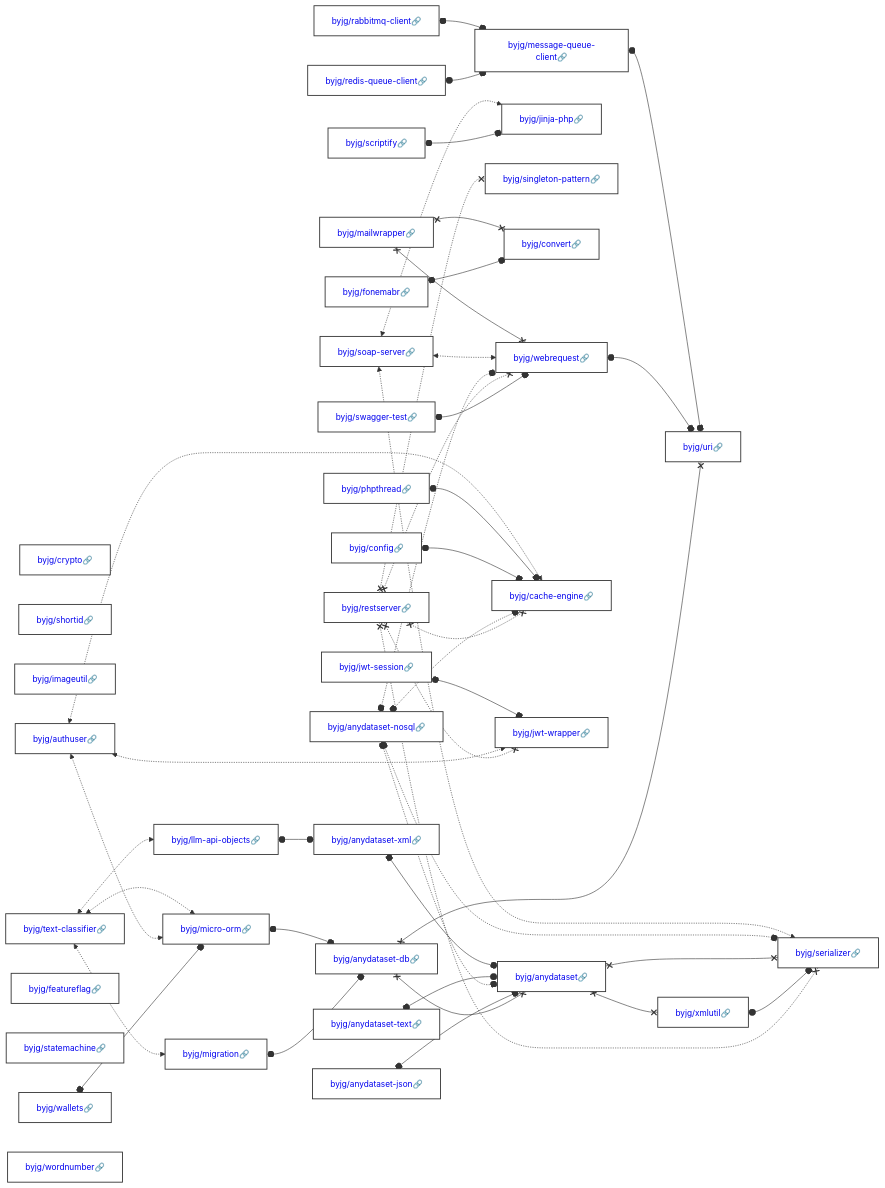
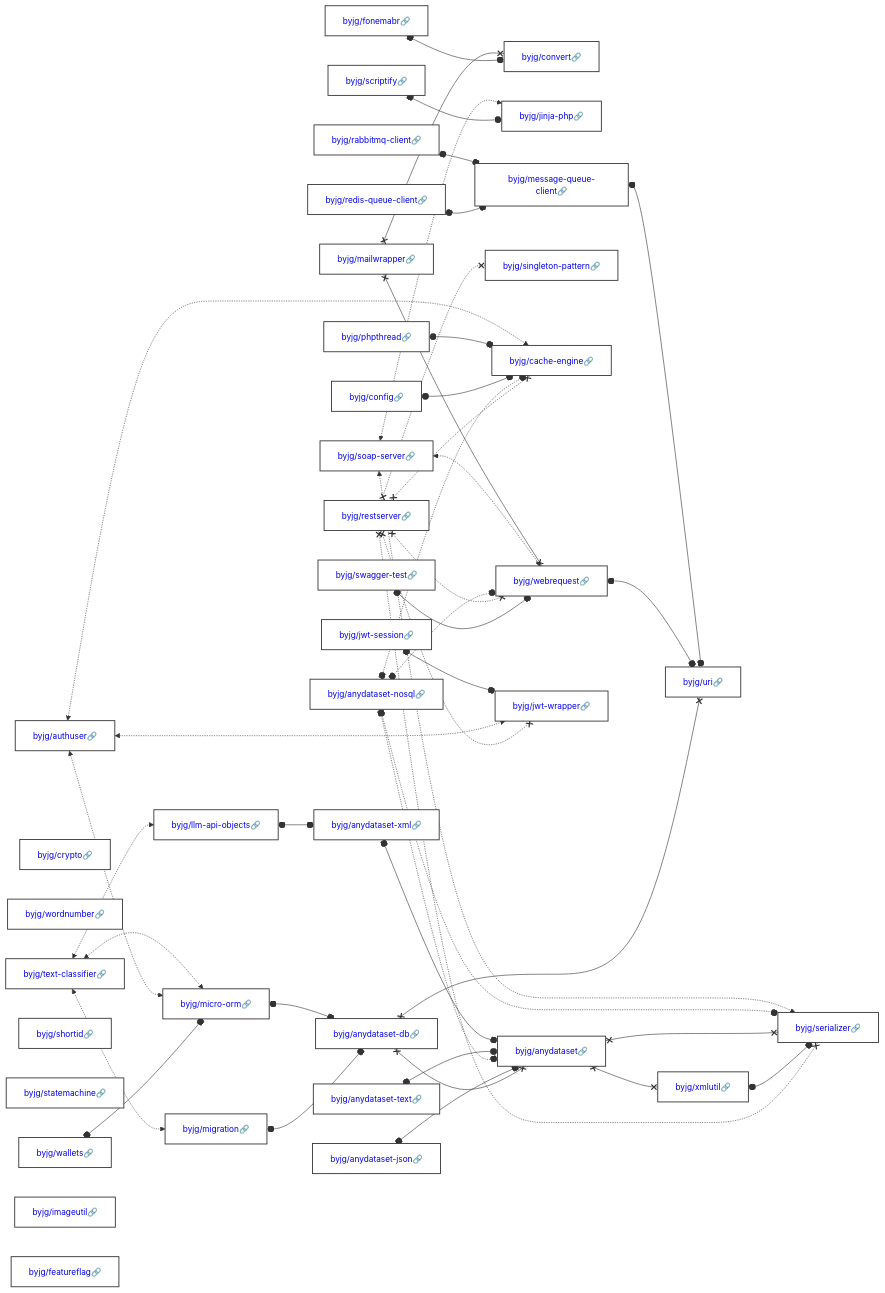
The diagram in docs/php/README.md (byjg/byjg.github.io), drawn with Mermaid before and after one commit. The commit also changed other lines of this file, not shown here.

Commit message:
Update documentation 'php' 'php-gluo-core'

````diff
--- a/docs/php/README.md
+++ b/docs/php/README.md
@@ -3,37 +3,37 @@
 ```mermaid
 graph LR;
+  byjg/soap-server[<a href='https://opensource.byjg.com/docs/php/soap-server' style='text-decoration:none'>byjg/soap-server🔗</a>];
+  byjg/text-classifier[<a href='https://opensource.byjg.com/docs/php/text-classifier' style='text-decoration:none'>byjg/text-classifier🔗</a>];
   byjg/crypto[<a href='https://opensource.byjg.com/docs/php/crypto' style='text-decoration:none'>byjg/crypto🔗</a>];
+  byjg/anydataset-json[<a href='https://opensource.byjg.com/docs/php/anydataset-json' style='text-decoration:none'>byjg/anydataset-json🔗</a>];
+  byjg/rabbitmq-client[<a href='https://opensource.byjg.com/docs/php/rabbitmq-client' style='text-decoration:none'>byjg/rabbitmq-client🔗</a>];
+  byjg/anydataset-nosql[<a href='https://opensource.byjg.com/docs/php/anydataset-nosql' style='text-decoration:none'>byjg/anydataset-nosql🔗</a>];
+  byjg/wordnumber[<a href='https://opensource.byjg.com/docs/php/wordnumber' style='text-decoration:none'>byjg/wordnumber🔗</a>];
+  byjg/wallets[<a href='https://opensource.byjg.com/docs/php/wallets' style='text-decoration:none'>byjg/wallets🔗</a>];
+  byjg/shortid[<a href='https://opensource.byjg.com/docs/php/shortid' style='text-decoration:none'>byjg/shortid🔗</a>];
+  byjg/statemachine[<a href='https://opensource.byjg.com/docs/php/statemachine' style='text-decoration:none'>byjg/statemachine🔗</a>];
+  byjg/jwt-session[<a href='https://opensource.byjg.com/docs/php/jwt-session' style='text-decoration:none'>byjg/jwt-session🔗</a>];
   byjg/phpthread[<a href='https://opensource.byjg.com/docs/php/phpthread' style='text-decoration:none'>byjg/phpthread🔗</a>];
+  byjg/mailwrapper[<a href='https://opensource.byjg.com/docs/php/mailwrapper' style='text-decoration:none'>byjg/mailwrapper🔗</a>];
+  byjg/anydataset-text[<a href='https://opensource.byjg.com/docs/php/anydataset-text' style='text-decoration:none'>byjg/anydataset-text🔗</a>];
+  byjg/authuser[<a href='https://opensource.byjg.com/docs/php/authuser' style='text-decoration:none'>byjg/authuser🔗</a>];
   byjg/swagger-test[<a href='https://opensource.byjg.com/docs/php/swagger-test' style='text-decoration:none'>byjg/swagger-test🔗</a>];
-  byjg/anydataset-nosql[<a href='https://opensource.byjg.com/docs/php/anydataset-nosql' style='text-decoration:none'>byjg/anydataset-nosql🔗</a>];
+  byjg/imageutil[<a href='https://opensource.byjg.com/docs/php/imageutil' style='text-decoration:none'>byjg/imageutil🔗</a>];
+  byjg/fonemabr[<a href='https://opensource.byjg.com/docs/php/fonemabr' style='text-decoration:none'>byjg/fonemabr🔗</a>];
+  byjg/config[<a href='https://opensource.byjg.com/docs/php/config' style='text-decoration:none'>byjg/config🔗</a>];
   byjg/scriptify[<a href='https://opensource.byjg.com/docs/php/scriptify' style='text-decoration:none'>byjg/scriptify🔗</a>];
-  byjg/rabbitmq-client[<a href='https://opensource.byjg.com/docs/php/rabbitmq-client' style='text-decoration:none'>byjg/rabbitmq-client🔗</a>];
-  byjg/shortid[<a href='https://opensource.byjg.com/docs/php/shortid' style='text-decoration:none'>byjg/shortid🔗</a>];
-  byjg/anydataset-json[<a href='https://opensource.byjg.com/docs/php/anydataset-json' style='text-decoration:none'>byjg/anydataset-json🔗</a>];
   byjg/redis-queue-client[<a href='https://opensource.byjg.com/docs/php/redis-queue-client' style='text-decoration:none'>byjg/redis-queue-client🔗</a>];
-  byjg/config[<a href='https://opensource.byjg.com/docs/php/config' style='text-decoration:none'>byjg/config🔗</a>];
-  byjg/imageutil[<a href='https://opensource.byjg.com/docs/php/imageutil' style='text-decoration:none'>byjg/imageutil🔗</a>];
-  byjg/anydataset-text[<a href='https://opensource.byjg.com/docs/php/anydataset-text' style='text-decoration:none'>byjg/anydataset-text🔗</a>];
-  byjg/soap-server[<a href='https://opensource.byjg.com/docs/php/soap-server' style='text-decoration:none'>byjg/soap-server🔗</a>];
+  byjg/featureflag[<a href='https://opensource.byjg.com/docs/php/featureflag' style='text-decoration:none'>byjg/featureflag🔗</a>];
   byjg/restserver[<a href='https://opensource.byjg.com/docs/php/restserver' style='text-decoration:none'>byjg/restserver🔗</a>];
-  byjg/wallets[<a href='https://opensource.byjg.com/docs/php/wallets' style='text-decoration:none'>byjg/wallets🔗</a>];
-  byjg/text-classifier[<a href='https://opensource.byjg.com/docs/php/text-classifier' style='text-decoration:none'>byjg/text-classifier🔗</a>];
-  byjg/jwt-session[<a href='https://opensource.byjg.com/docs/php/jwt-session' style='text-decoration:none'>byjg/jwt-session🔗</a>];
-  byjg/featureflag[<a href='https://opensource.byjg.com/docs/php/featureflag' style='text-decoration:none'>byjg/featureflag🔗</a>];
-  byjg/fonemabr[<a href='https://opensource.byjg.com/docs/php/fonemabr' style='text-decoration:none'>byjg/fonemabr🔗</a>];
-  byjg/mailwrapper[<a href='https://opensource.byjg.com/docs/php/mailwrapper' style='text-decoration:none'>byjg/mailwrapper🔗</a>];
-  byjg/statemachine[<a href='https://opensource.byjg.com/docs/php/statemachine' style='text-decoration:none'>byjg/statemachine🔗</a>];
-  byjg/authuser[<a href='https://opensource.byjg.com/docs/php/authuser' style='text-decoration:none'>byjg/authuser🔗</a>];
-  byjg/wordnumber[<a href='https://opensource.byjg.com/docs/php/wordnumber' style='text-decoration:none'>byjg/wordnumber🔗</a>];
-  byjg/message-queue-client[<a href='https://opensource.byjg.com/docs/php/message-queue-client' style='text-decoration:none'>byjg/message-queue-client🔗</a>];
-  byjg/jinja-php[<a href='https://opensource.byjg.com/docs/php/jinja-php' style='text-decoration:none'>byjg/jinja-php🔗</a>];
-  byjg/singleton-pattern[<a href='https://opensource.byjg.com/docs/php/singleton-pattern' style='text-decoration:none'>byjg/singleton-pattern🔗</a>];
   byjg/migration[<a href='https://opensource.byjg.com/docs/php/migration' style='text-decoration:none'>byjg/migration🔗</a>];
   byjg/llm-api-objects[<a href='https://opensource.byjg.com/docs/php/llm-api-objects' style='text-decoration:none'>byjg/llm-api-objects🔗</a>];
+  byjg/micro-orm[<a href='https://opensource.byjg.com/docs/php/micro-orm' style='text-decoration:none'>byjg/micro-orm🔗</a>];
   byjg/convert[<a href='https://opensource.byjg.com/docs/php/convert' style='text-decoration:none'>byjg/convert🔗</a>];
+  byjg/jinja-php[<a href='https://opensource.byjg.com/docs/php/jinja-php' style='text-decoration:none'>byjg/jinja-php🔗</a>];
+  byjg/message-queue-client[<a href='https://opensource.byjg.com/docs/php/message-queue-client' style='text-decoration:none'>byjg/message-queue-client🔗</a>];
+  byjg/singleton-pattern[<a href='https://opensource.byjg.com/docs/php/singleton-pattern' style='text-decoration:none'>byjg/singleton-pattern🔗</a>];
+  byjg/cache-engine[<a href='https://opensource.byjg.com/docs/php/cache-engine' style='text-decoration:none'>byjg/cache-engine🔗</a>];
   byjg/webrequest[<a href='https://opensource.byjg.com/docs/php/webrequest' style='text-decoration:none'>byjg/webrequest🔗</a>];
-  byjg/micro-orm[<a href='https://opensource.byjg.com/docs/php/micro-orm' style='text-decoration:none'>byjg/micro-orm🔗</a>];
-  byjg/cache-engine[<a href='https://opensource.byjg.com/docs/php/cache-engine' style='text-decoration:none'>byjg/cache-engine🔗</a>];
   byjg/jwt-wrapper[<a href='https://opensource.byjg.com/docs/php/jwt-wrapper' style='text-decoration:none'>byjg/jwt-wrapper🔗</a>];
   byjg/anydataset-xml[<a href='https://opensource.byjg.com/docs/php/anydataset-xml' style='text-decoration:none'>byjg/anydataset-xml🔗</a>];
   byjg/anydataset-db[<a href='https://opensource.byjg.com/docs/php/anydataset-db' style='text-decoration:none'>byjg/anydataset-db🔗</a>];
````
